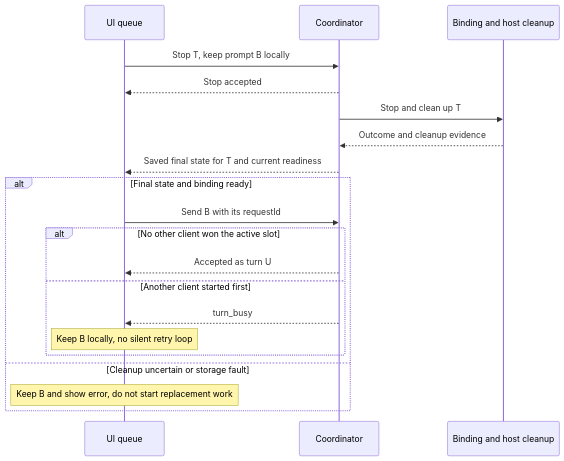
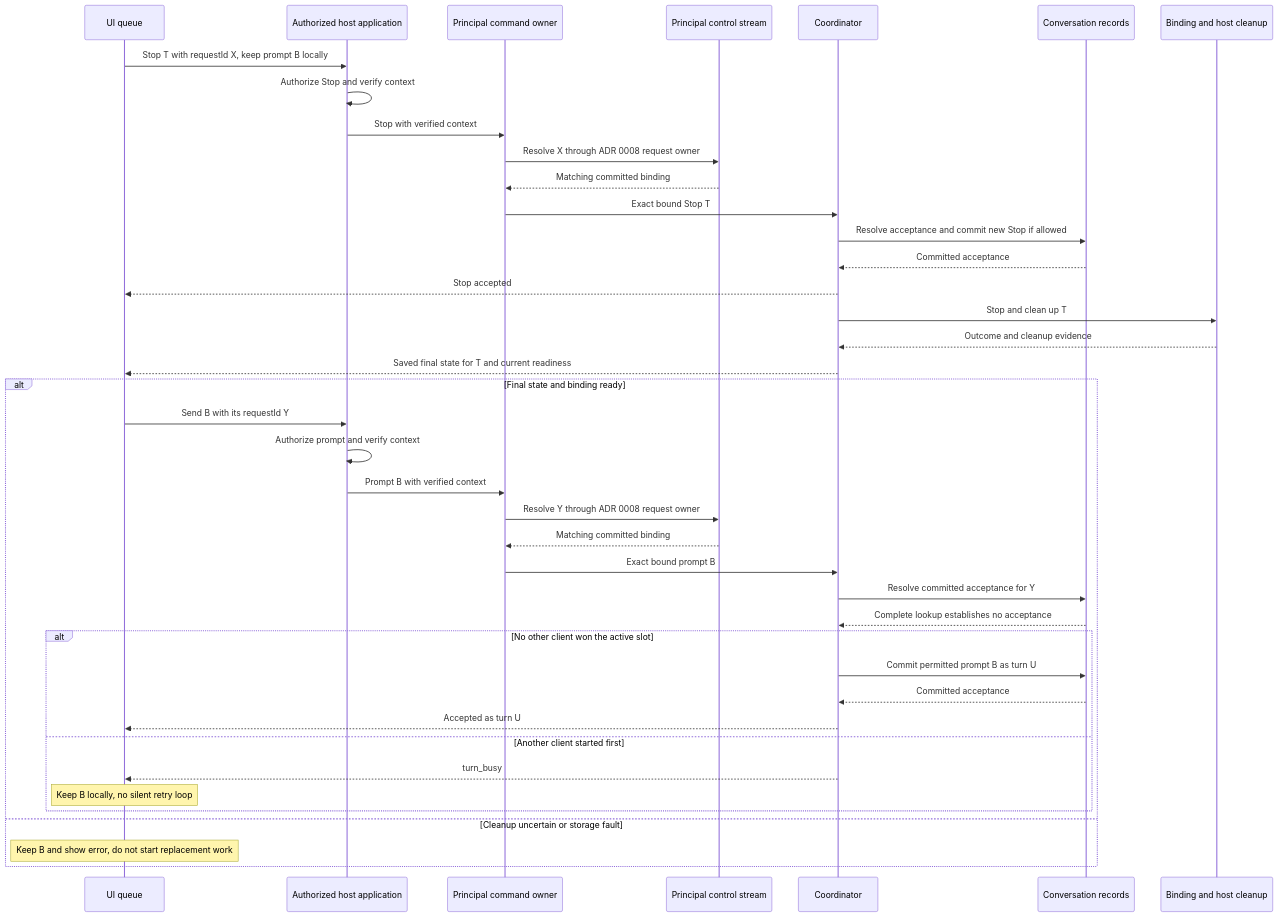
The sixth of 8 diagrams in docs/design/agent_execution/runtime-classes-and-sequences.md (nessalabs/nessa-agent), drawn with Mermaid before and after one commit. The commit also changed other lines of this file and 7 other files, not shown here.

````diff
--- a/docs/design/agent_execution/runtime-classes-and-sequences.md
+++ b/docs/design/agent_execution/runtime-classes-and-sequences.md
@@ -378,22 +398,42 @@
 ```mermaid
 sequenceDiagram
     participant Q as UI queue
+    participant G as Authorized host application
+    participant I as Principal command owner
+    participant K as Principal control stream
     participant R as Coordinator
+    participant S as Conversation records
     participant H as Binding and host cleanup
-    Q->>R: Stop T, keep prompt B locally
+    Q->>G: Stop T with requestId X, keep prompt B locally
+    G->>G: Authorize Stop and verify context
+    G->>I: Stop with verified context
+    I->>K: Resolve X through ADR 0008 request owner
+    K-->>I: Matching committed binding
+    I->>R: Exact bound Stop T
+    R->>S: Resolve acceptance and commit new Stop if allowed
+    S-->>R: Committed acceptance
     R-->>Q: Stop accepted
     R->>H: Stop and clean up T
     H-->>R: Outcome and cleanup evidence
     R-->>Q: Saved final state for T and current readiness
     alt Final state and binding ready
-        Q->>R: Send B with its requestId
+        Q->>G: Send B with its requestId Y
+        G->>G: Authorize prompt and verify context
+        G->>I: Prompt B with verified context
+        I->>K: Resolve Y through ADR 0008 request owner
+        K-->>I: Matching committed binding
+        I->>R: Exact bound prompt B
+        R->>S: Resolve committed acceptance for Y
+        S-->>R: Complete lookup establishes no acceptance
         alt No other client won the active slot
+            R->>S: Commit permitted prompt B as turn U
+            S-->>R: Committed acceptance
             R-->>Q: Accepted as turn U
         else Another client started first
             R-->>Q: turn_busy
             Note over Q: Keep B locally, no silent retry loop
         end
     else Cleanup uncertain or storage fault
         Note over Q: Keep B and show error, do not start replacement work
     end
 ```
````
